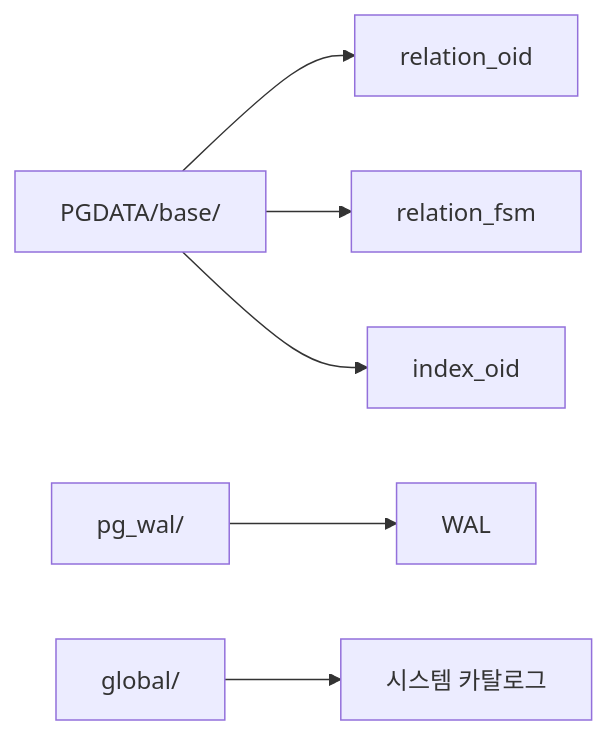
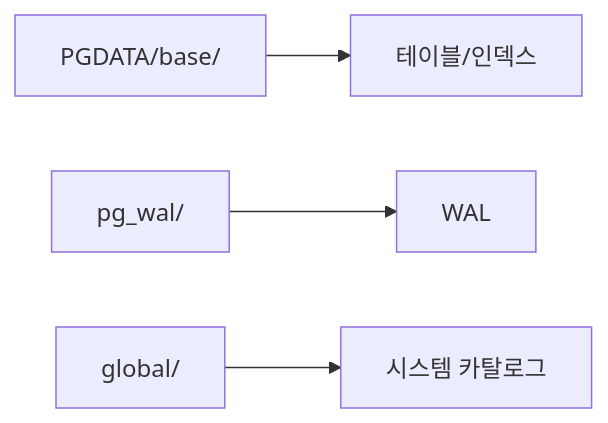
Before and after one commit to yjkim2015/yjkim2015.github.io: the third of 15 diagrams in _posts/db/2026-05-01-db-comparison.md, drawn with Mermaid. The commit also changed other lines of this file and 163 other files, not shown here.

First line of the commit message:
Mermaid 300개 블록 내용 축소: 5노드 5엣지 이하, 의미 있는 약어

````diff
--- a/_posts/db/2026-05-01-db-comparison.md
+++ b/_posts/db/2026-05-01-db-comparison.md
@@ -82,8 +80,6 @@
 ```mermaid
 graph LR
-    A["PGDATA/base/"] --> B["relation_oid"]
-    A --> C["relation_fsm"]
-    A --> D["index_oid"]
+    A["PGDATA/base/"] --> B["테이블/인덱스"]
     F["pg_wal/"] --> G["WAL"]
     H["global/"] --> I["시스템 카탈로그"]
 ```
````
